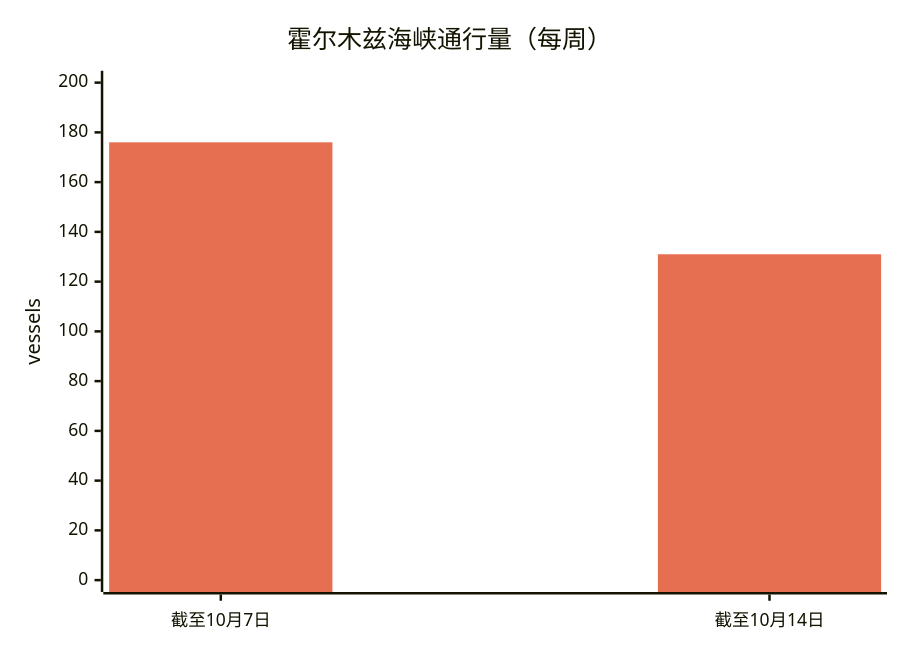
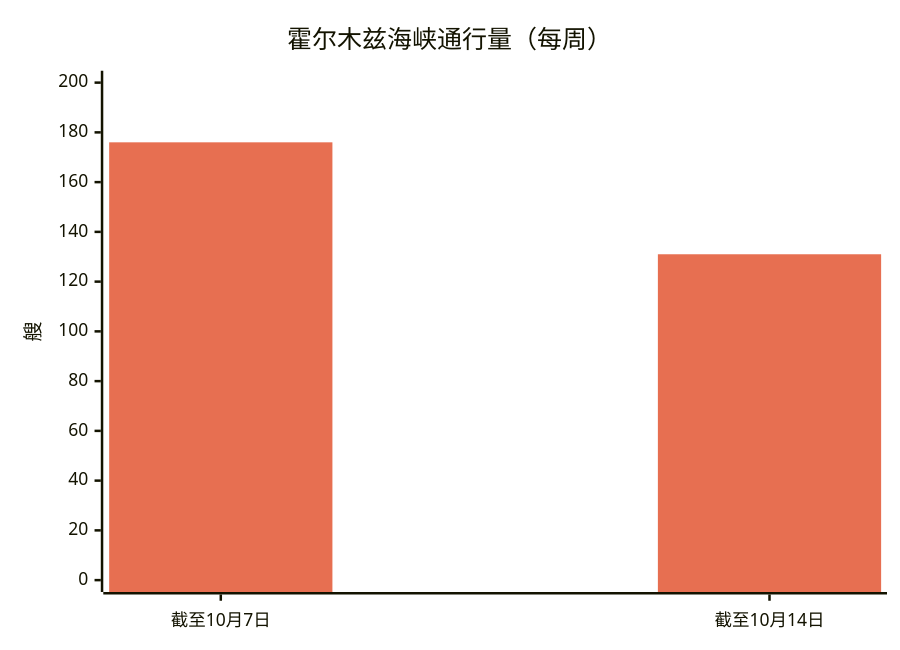
Before and after one commit to dureach/research: the first of 19 diagrams in Global-Trade-Intelligence-weekly-2026-10-19/index.zh.md, drawn with Mermaid. The commit also changed other lines of this file and 5 other files, not shown here.

````diff
--- a/Global-Trade-Intelligence-weekly-2026-10-19/index.zh.md
+++ b/Global-Trade-Intelligence-weekly-2026-10-19/index.zh.md
@@ -108,8 +108,8 @@
 ```mermaid
 %%{init: {'theme': 'base', 'themeVariables': {'xyChart': {'plotColorPalette': '#e76f51'}}}}%%
 xychart-beta
     title "霍尔木兹海峡通行量（每周）"
     x-axis ["截至10月7日", "截至10月14日"]
-    y-axis "vessels" 0 --> 200
+    y-axis "艘" 0 --> 200
     bar [176, 131]
 ```
````
